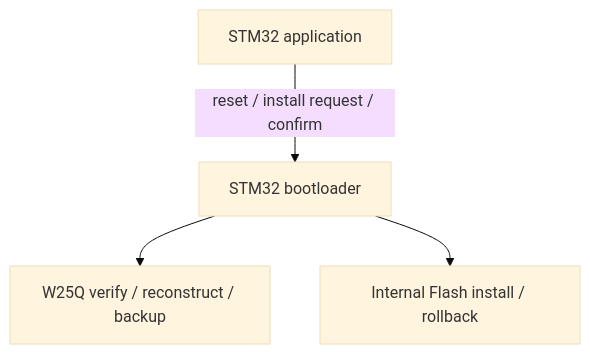
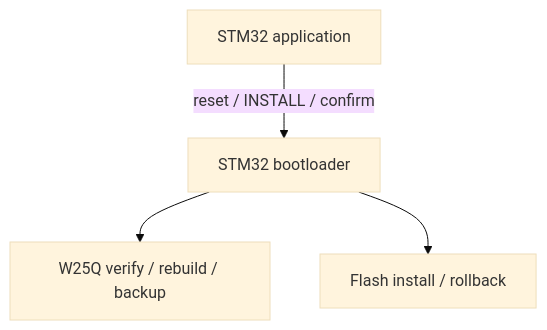
The second of 2 diagrams in docs/architecture.md (haikevins/secure-delta-ota-bootloader), drawn with Mermaid (base theme) before and after one commit. The commit also changed 11 other files, not shown here.

````diff
--- a/docs/architecture.md
+++ b/docs/architecture.md
@@ -75,6 +75,6 @@
 ```mermaid
 flowchart TB
-    APP["STM32 application"] -->|"reset / install request / confirm"| BL["STM32 bootloader"]
-    BL --> EXT["W25Q verify / reconstruct / backup"]
-    BL --> IF["Internal Flash install / rollback"]
+    APP["STM32 application"] -->|"reset / INSTALL / confirm"| BL["STM32 bootloader"]
+    BL --> EXT["W25Q verify / rebuild / backup"]
+    BL --> IF["Flash install / rollback"]
 ```
````
